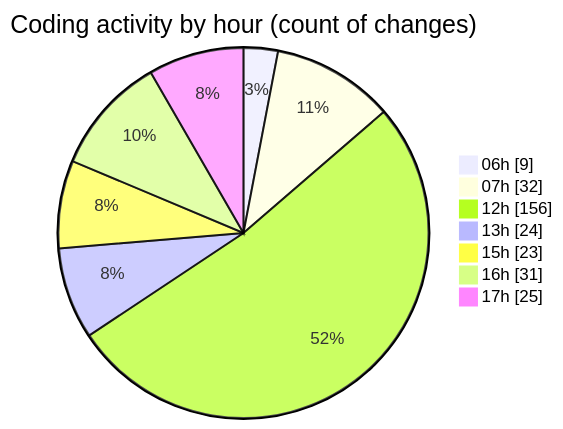
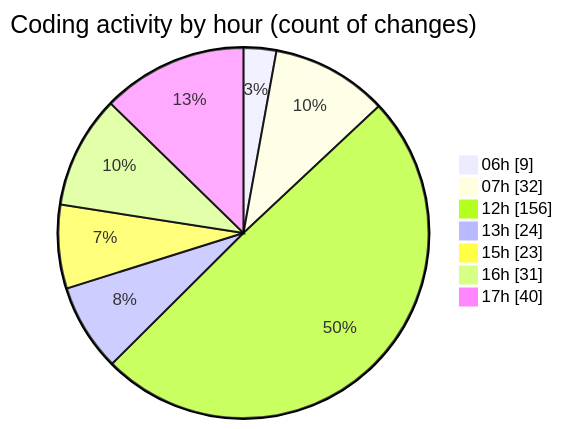
Before and after one commit to robertbonfada/code-tracking: the second of 2 diagrams in 2025-02-18/mbc-web/README.md, drawn with Mermaid. The commit also changed other lines of this file and 1 other file, not shown here.

````diff
--- a/2025-02-18/mbc-web/README.md
+++ b/2025-02-18/mbc-web/README.md
@@ -153,11 +156,11 @@
 ```mermaid
 pie showData
 title Coding activity by hour (count of changes)
 "06h" : 9
 "07h" : 32
 "12h" : 156
 "13h" : 24
 "15h" : 23
 "16h" : 31
-"17h" : 25
+"17h" : 40
 ```
````
